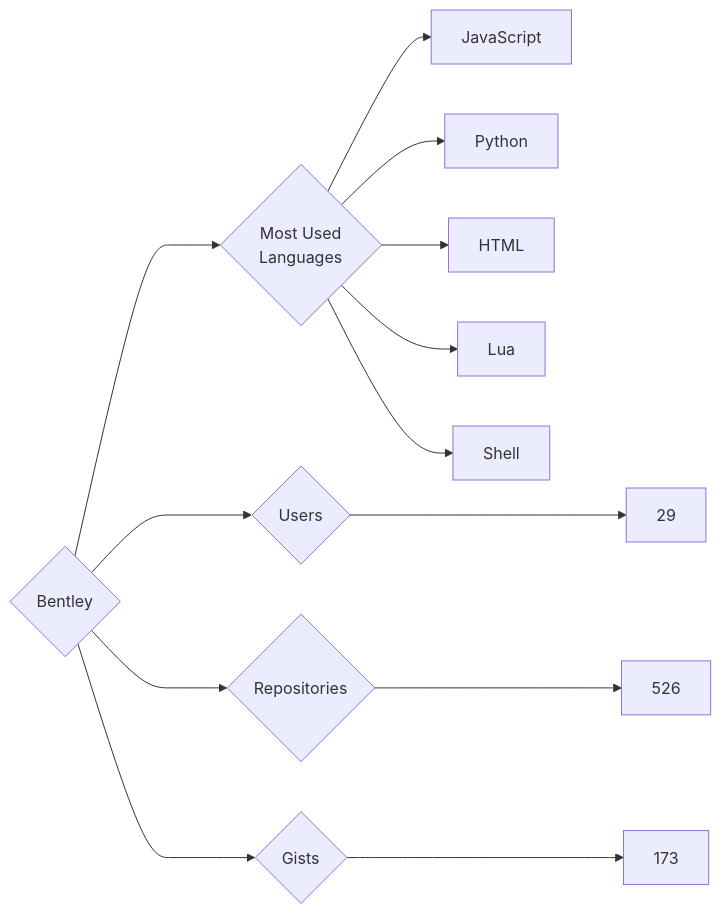
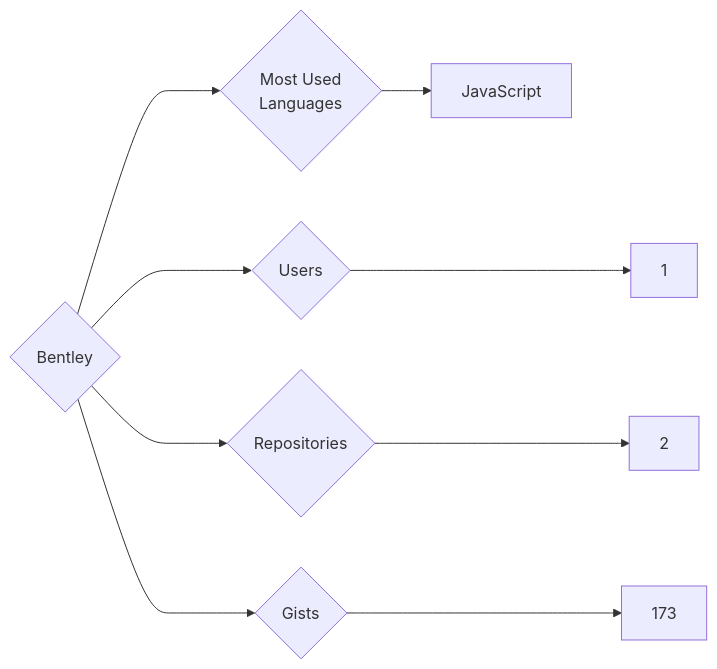
The diagram in targets/Bentley/README.md (trickest/insiders), drawn with Mermaid before and after one commit. The commit also changed 553 other files, not shown here.

````diff
--- a/targets/Bentley/README.md
+++ b/targets/Bentley/README.md
@@ -3,13 +3,9 @@
 ```mermaid
 graph LR
 COMPANY_NAME{Bentley}
-COMPANY_NAME ---> U{Users} ---> UN[29]
-COMPANY_NAME ---> R{Repositories} ---> RN[526]
+COMPANY_NAME ---> U{Users} ---> UN[1]
+COMPANY_NAME ---> R{Repositories} ---> RN[2]
 COMPANY_NAME ---> G{Gists} ---> GN[173]
 COMPANY_NAME ---> ML{Most Used<br>Languages}
 ML --> JavaScript[JavaScript]
-ML --> Python[Python]
-ML --> HTML[HTML]
-ML --> Lua[Lua]
-ML --> Shell[Shell]
 ```
````
